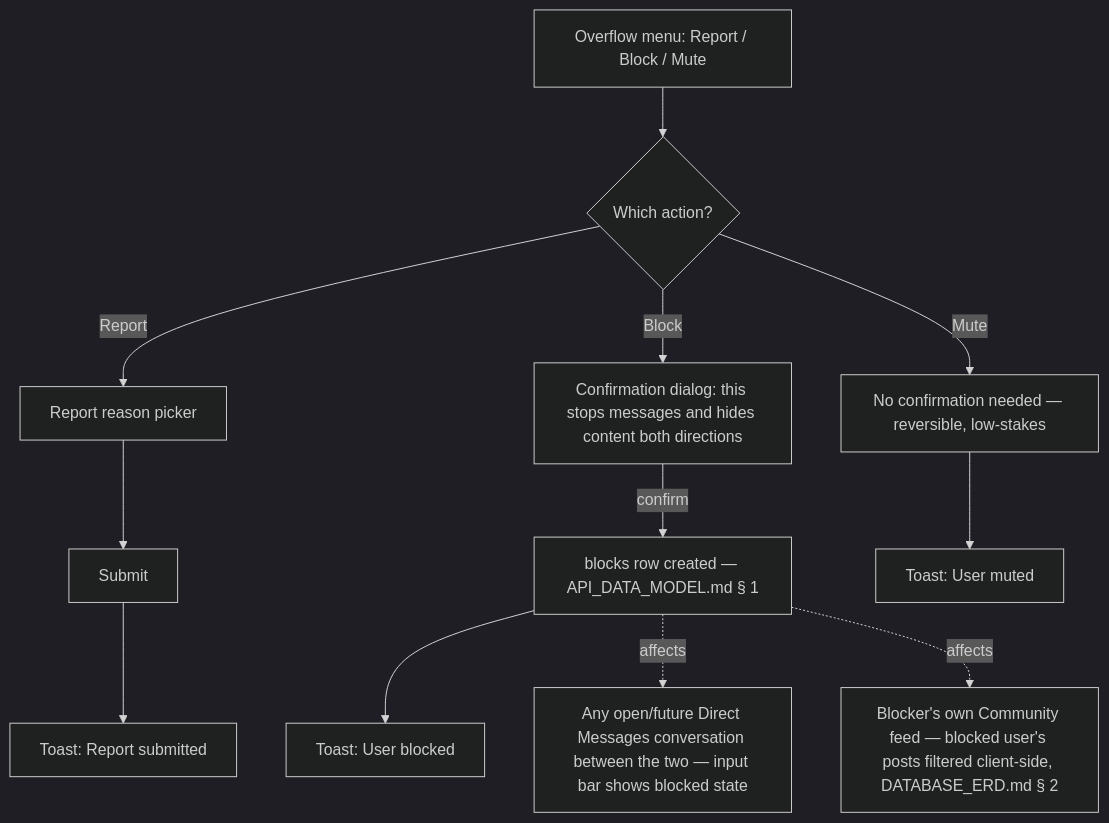
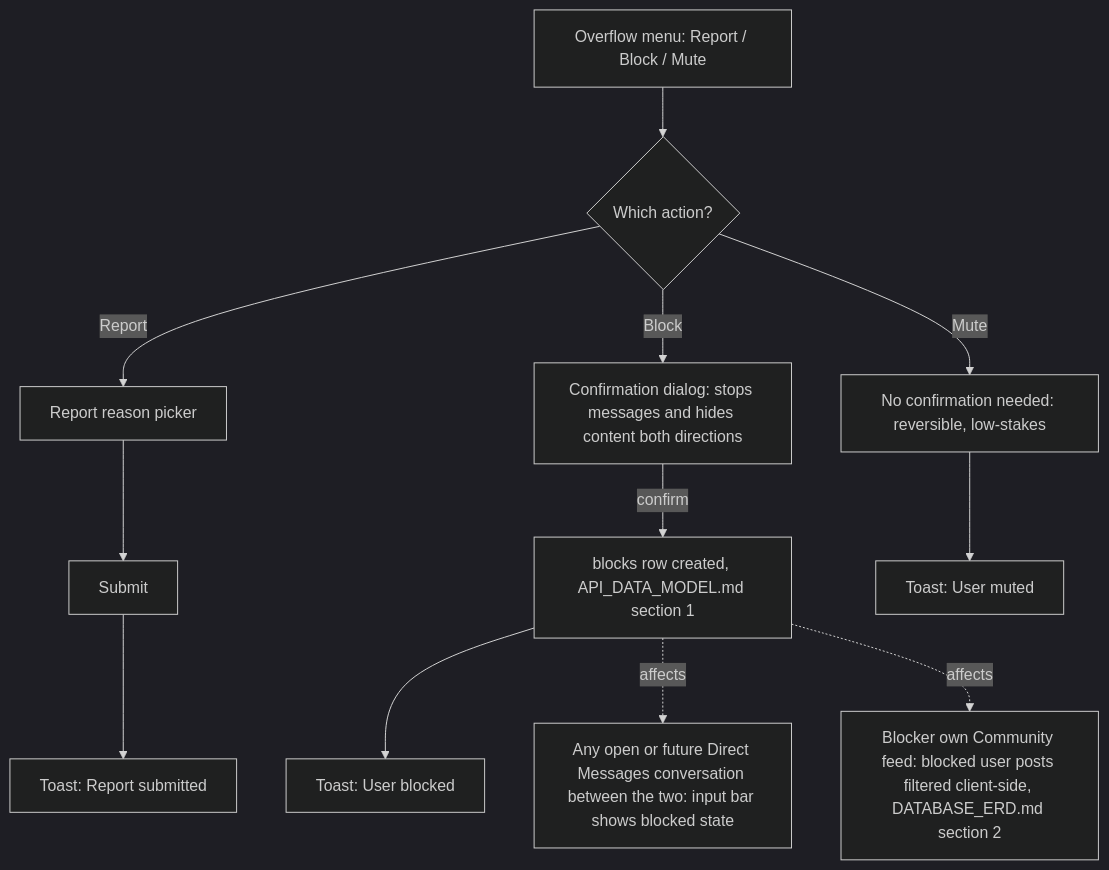
The third of 14 diagrams in docs_/03-design/SCREENS_AND_FLOWS.md (NK2552003/TradeX), drawn with Mermaid (dark theme) before and after one commit. The commit also changed other lines of this file and 365 other files, not shown here.

````diff
--- a/docs_/03-design/SCREENS_AND_FLOWS.md
+++ b/docs_/03-design/SCREENS_AND_FLOWS.md
@@ -105,10 +105,10 @@
 ```mermaid
 flowchart TD
     A[Overflow menu: Report / Block / Mute] --> B{Which action?}
     B -- Report --> C[Report reason picker] --> D[Submit] --> E[Toast: Report submitted]
-    B -- Block --> F[Confirmation dialog: this stops messages and hides content both directions]
-    F -->|confirm| G[blocks row created — API_DATA_MODEL.md § 1] --> H[Toast: User blocked]
-    B -- Mute --> I[No confirmation needed — reversible, low-stakes] --> J[Toast: User muted]
-    G -.affects.-> K[Any open/future Direct Messages conversation between the two — input bar shows blocked state]
-    G -.affects.-> L[Blocker's own Community feed — blocked user's posts filtered client-side, DATABASE_ERD.md § 2]
+    B -- Block --> F[Confirmation dialog: stops messages and hides content both directions]
+    F -->|confirm| G[blocks row created, API_DATA_MODEL.md section 1] --> H[Toast: User blocked]
+    B -- Mute --> I[No confirmation needed: reversible, low-stakes] --> J[Toast: User muted]
+    G -.affects.-> K[Any open or future Direct Messages conversation between the two: input bar shows blocked state]
+    G -.affects.-> L[Blocker own Community feed: blocked user posts filtered client-side, DATABASE_ERD.md section 2]
 ```
````
